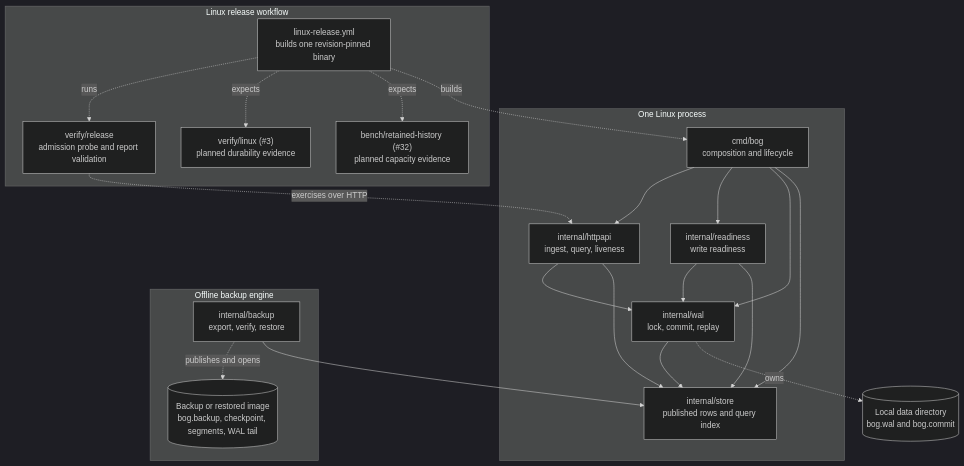
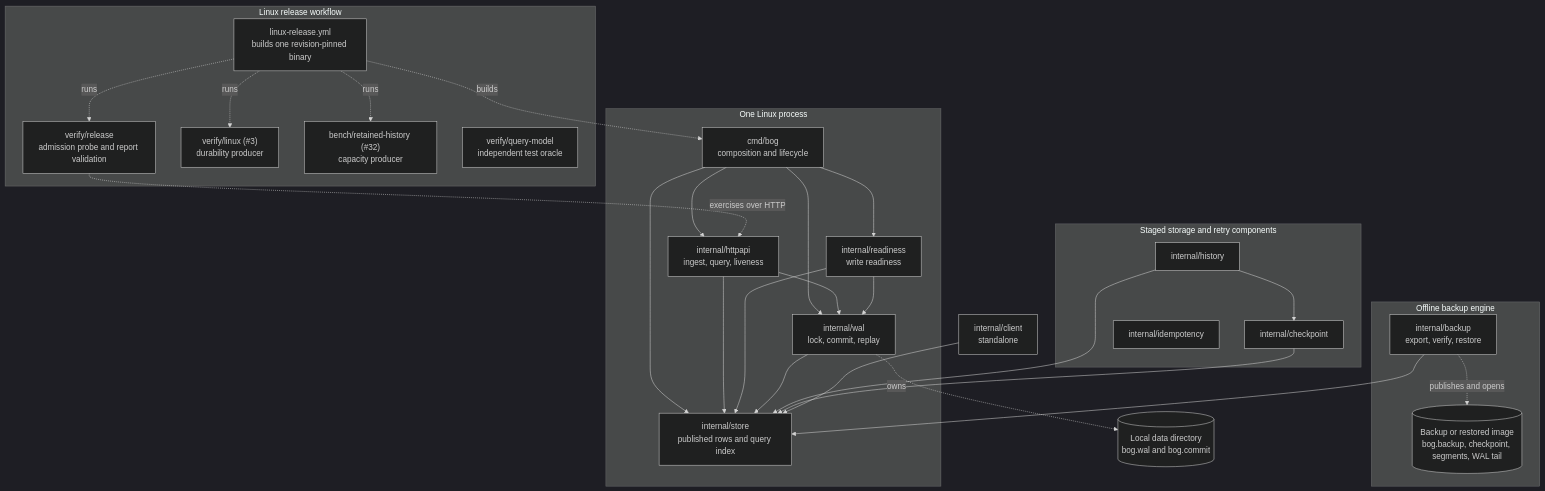
Before and after one commit to tflynn3/bog: the first of 2 diagrams in docs/architecture/SYSTEM.md, drawn with Mermaid (dark theme). The commit also changed other lines of this file and 2 other files, not shown here.

````diff
--- a/docs/architecture/SYSTEM.md
+++ b/docs/architecture/SYSTEM.md
@@ -22,37 +24,48 @@
 ```mermaid
 flowchart TD
     subgraph Runtime["One Linux process"]
         Cmd["cmd/bog<br/>composition and lifecycle"]
         HTTP["internal/httpapi<br/>ingest, query, liveness"]
         Ready["internal/readiness<br/>write readiness"]
         WAL["internal/wal<br/>lock, commit, replay"]
         Store["internal/store<br/>published rows and query index"]
         Cmd --> HTTP
         Cmd --> Ready
         Cmd --> WAL
         Cmd --> Store
         HTTP --> WAL
         HTTP --> Store
         Ready --> WAL
         Ready --> Store
         WAL --> Store
     end
     WAL -. owns .-> Data[("Local data directory<br/>bog.wal and bog.commit")]
     subgraph Offline["Offline backup engine"]
         Backup["internal/backup<br/>export, verify, restore"]
         Image[("Backup or restored image<br/>bog.backup, checkpoint, segments, WAL tail")]
         Backup -. publishes and opens .-> Image
     end
     Backup --> Store
+    subgraph Staged["Staged storage and retry components"]
+        Checkpoint["internal/checkpoint"]
+        History["internal/history"]
+        Idempotency["internal/idempotency"]
+    end
+    History --> Checkpoint
+    History --> Store
+    Checkpoint --> Store
+    Client["internal/client<br/>standalone"]
+    Client --> Store
     subgraph Evidence["Linux release workflow"]
         Gate["linux-release.yml<br/>builds one revision-pinned binary"]
         Admission["verify/release<br/>admission probe and report validation"]
-        Durability["verify/linux (#3)<br/>planned durability evidence"]
-        Capacity["bench/retained-history (#32)<br/>planned capacity evidence"]
+        Durability["verify/linux (#3)<br/>durability producer"]
+        Capacity["bench/retained-history (#32)<br/>capacity producer"]
         Gate -. runs .-> Admission
-        Gate -. expects .-> Durability
-        Gate -. expects .-> Capacity
+        Gate -. runs .-> Durability
+        Gate -. runs .-> Capacity
+        Model["verify/query-model<br/>independent test oracle"]
     end
     Gate -. builds .-> Cmd
     Admission -. exercises over HTTP .-> HTTP
 ```
````
